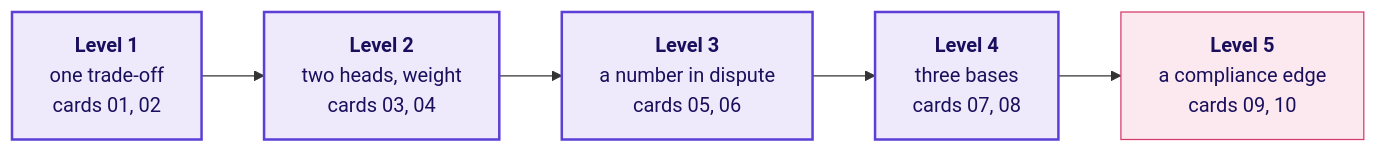
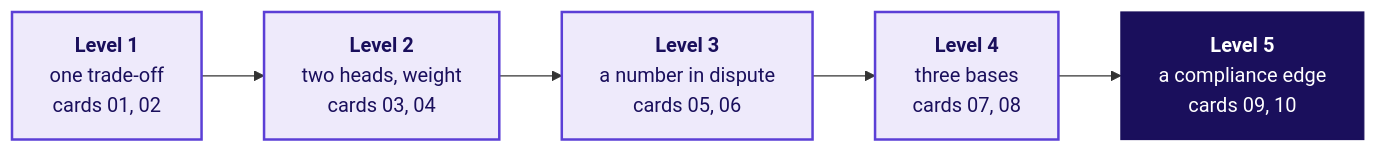
One commit to fde-academy-lab/c2-content-factory changed the diagram in content/W03/D5/gd/C2_W03_D05_gd_prompts_TRAINER.md. Above: the diagram before and after it, drawn with Mermaid. The commit also changed other lines of this file and 12 other files, not shown here.

````diff
--- a/content/W03/D5/gd/C2_W03_D05_gd_prompts_TRAINER.md
+++ b/content/W03/D5/gd/C2_W03_D05_gd_prompts_TRAINER.md
@@ -37,11 +38,11 @@
 ```mermaid
 flowchart LR
     L1["<b>Level 1</b><br/>one trade-off<br/>cards 01, 02"] --> L2["<b>Level 2</b><br/>two heads, weight<br/>cards 03, 04"]
     L2 --> L3["<b>Level 3</b><br/>a number in dispute<br/>cards 05, 06"]
     L3 --> L4["<b>Level 4</b><br/>three bases<br/>cards 07, 08"]
     L4 --> L5["<b>Level 5</b><br/>a compliance edge<br/>cards 09, 10"]
     classDef known fill:#EEEAFB,stroke:#5B3FD6,color:#1A0F5C,stroke-width:2px
-    classDef bad fill:#FBE9EF,stroke:#D63A6A,color:#1A0F5C
+    classDef dark fill:#1A0F5C,stroke:#1A0F5C,color:#FFFFFF
     class L1,L2,L3,L4 known
-    class L5 bad
+    class L5 dark
 ```
````
